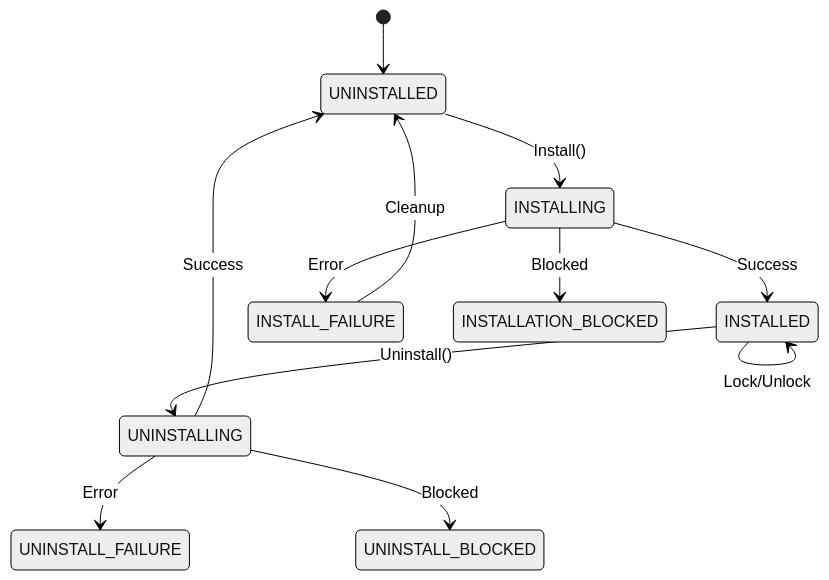
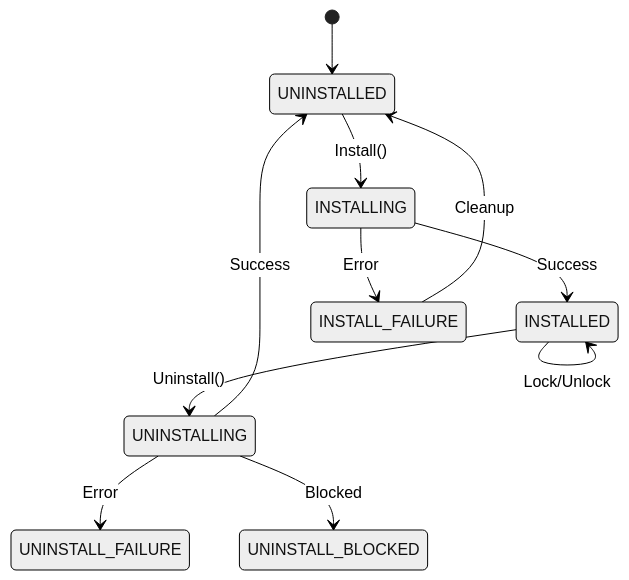
Before and after one commit to mikolaj-staworzynski-infosys/entservices-appmanagers: the seventh of 8 diagrams in PackageManager/PackageManager.md, drawn with Mermaid (neutral theme). The commit also changed other lines of this file and 4 other files, not shown here.

````diff
--- a/PackageManager/PackageManager.md
+++ b/PackageManager/PackageManager.md
@@ -434,14 +433,13 @@
 ```mermaid
 stateDiagram-v2
     [*] --> UNINSTALLED
     UNINSTALLED --> INSTALLING: Install()
     INSTALLING --> INSTALLED: Success
     INSTALLING --> INSTALL_FAILURE: Error
-    INSTALLING --> INSTALLATION_BLOCKED: Blocked
     INSTALLED --> UNINSTALLING: Uninstall()
     UNINSTALLING --> UNINSTALLED: Success
     UNINSTALLING --> UNINSTALL_FAILURE: Error
     UNINSTALLING --> UNINSTALL_BLOCKED: Blocked
     INSTALL_FAILURE --> UNINSTALLED: Cleanup
     INSTALLED --> INSTALLED: Lock/Unlock
 ```
````
